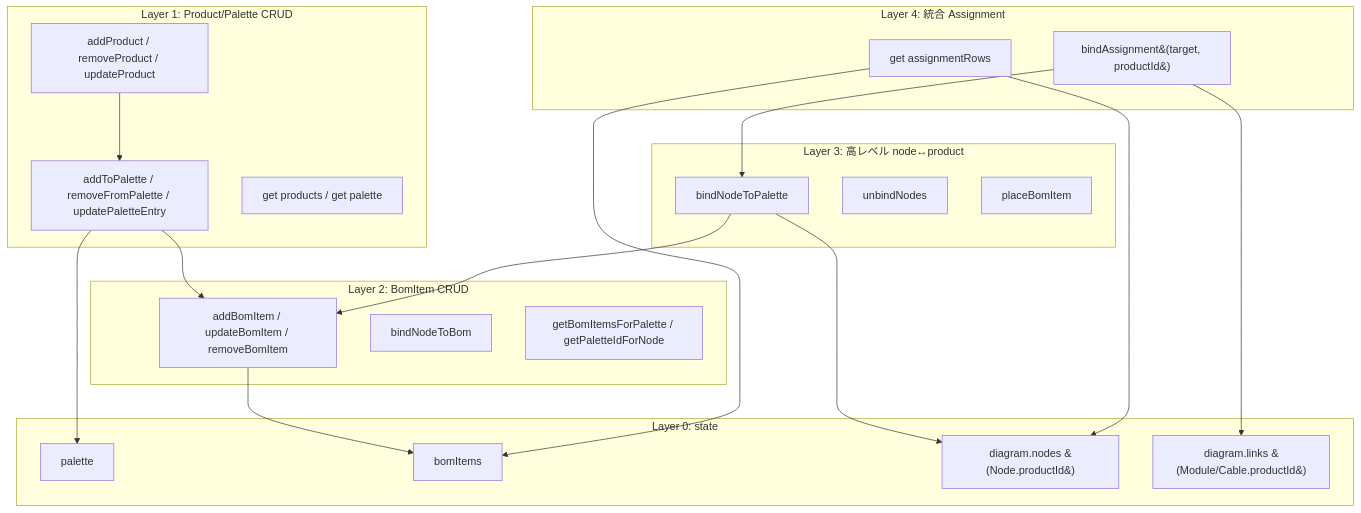
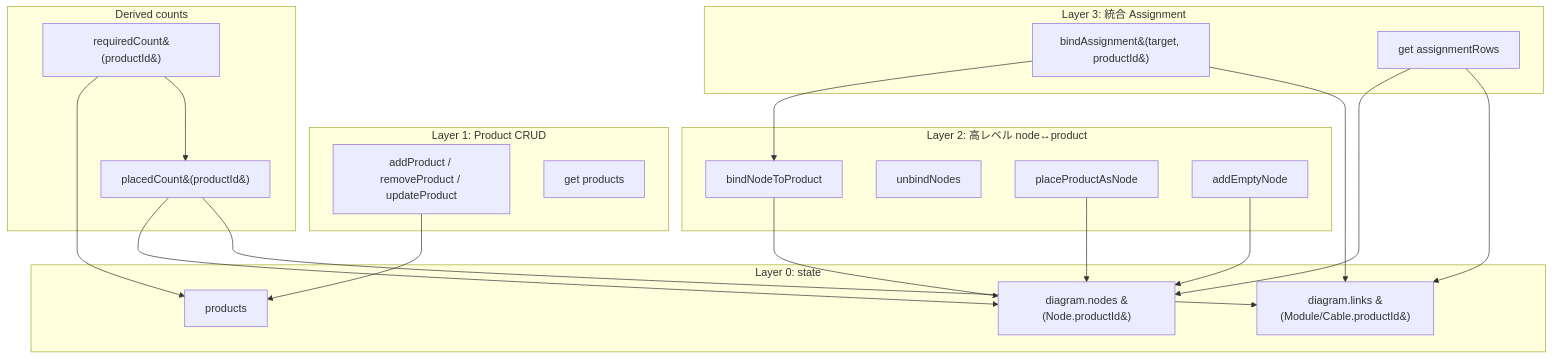
One commit to konoe-akitoshi/shumoku changed the fourth of 4 diagrams in apps/editor/docs/data-architecture-review.md. Above: the diagram before and after it, drawn with Mermaid. The commit also changed other lines of this file and 1 other file, not shown here.

First line of the commit message:
docs(editor): finalize data-architecture-review as reference doc

````diff
--- a/apps/editor/docs/data-architecture-review.md
+++ b/apps/editor/docs/data-architecture-review.md
@@ -200,43 +233,43 @@
 ```mermaid
 flowchart TB
-  subgraph L4[Layer 4: 統合 Assignment]
+  subgraph L3[Layer 3: 統合 Assignment]
     A1[bindAssignment&#40;target, productId&#41;]
     A2[get assignmentRows]
   end
 
-  subgraph L3[Layer 3: 高レベル node↔product]
-    B1[bindNodeToPalette]
+  subgraph L2[Layer 2: 高レベル node↔product]
+    B1[bindNodeToProduct]
     B2[unbindNodes]
-    B3[placeBomItem]
+    B3[placeProductAsNode]
+    B4[addEmptyNode]
   end
 
-  subgraph L2[Layer 2: BomItem CRUD]
-    C1[addBomItem / updateBomItem / removeBomItem]
-    C2[bindNodeToBom]
-    C3[getBomItemsForPalette / getPaletteIdForNode]
+  subgraph L1[Layer 1: Product CRUD]
+    D1[addProduct / removeProduct / updateProduct]
+    D2[get products]
   end
 
-  subgraph L1[Layer 1: Product/Palette CRUD]
-    D1[addProduct / removeProduct / updateProduct]
-    D2[addToPalette / removeFromPalette / updatePaletteEntry]
-    D3[get products / get palette]
+  subgraph LD[Derived counts]
+    DC1[placedCount&#40;productId&#41;]
+    DC2[requiredCount&#40;productId&#41;]
   end
 
   subgraph L0[Layer 0: state]
-    E1[palette]
-    E2[bomItems]
+    E1[products]
     E3[diagram.nodes &#40;Node.productId&#41;]
     E4[diagram.links &#40;Module/Cable.productId&#41;]
   end
 
   A1 --> B1
   A1 --> E4
-  A2 --> E2
   A2 --> E3
-  B1 --> C1
+  A2 --> E4
   B1 --> E3
-  D1 --> D2
-  D2 --> E1
-  D2 --> C1
-  C1 --> E2
+  B3 --> E3
+  B4 --> E3
+  D1 --> E1
+  DC1 --> E3
+  DC1 --> E4
+  DC2 --> E1
+  DC2 --> DC1
 ```
````
